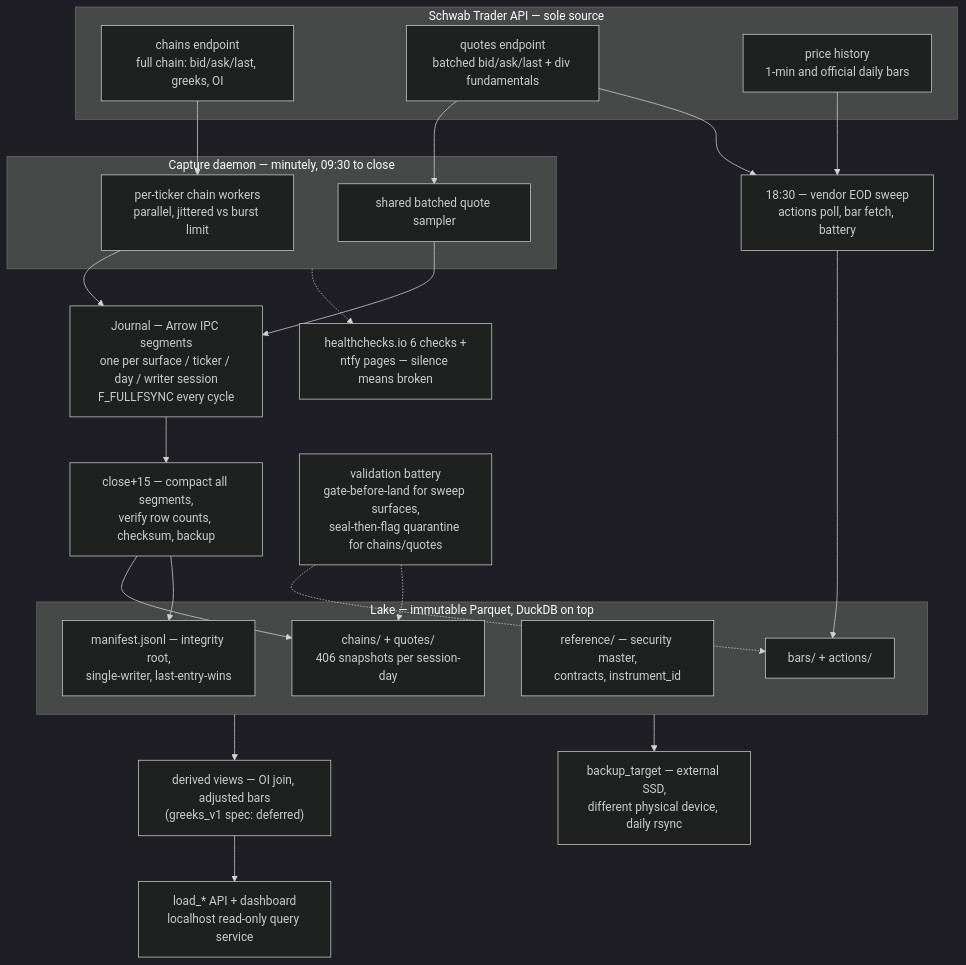
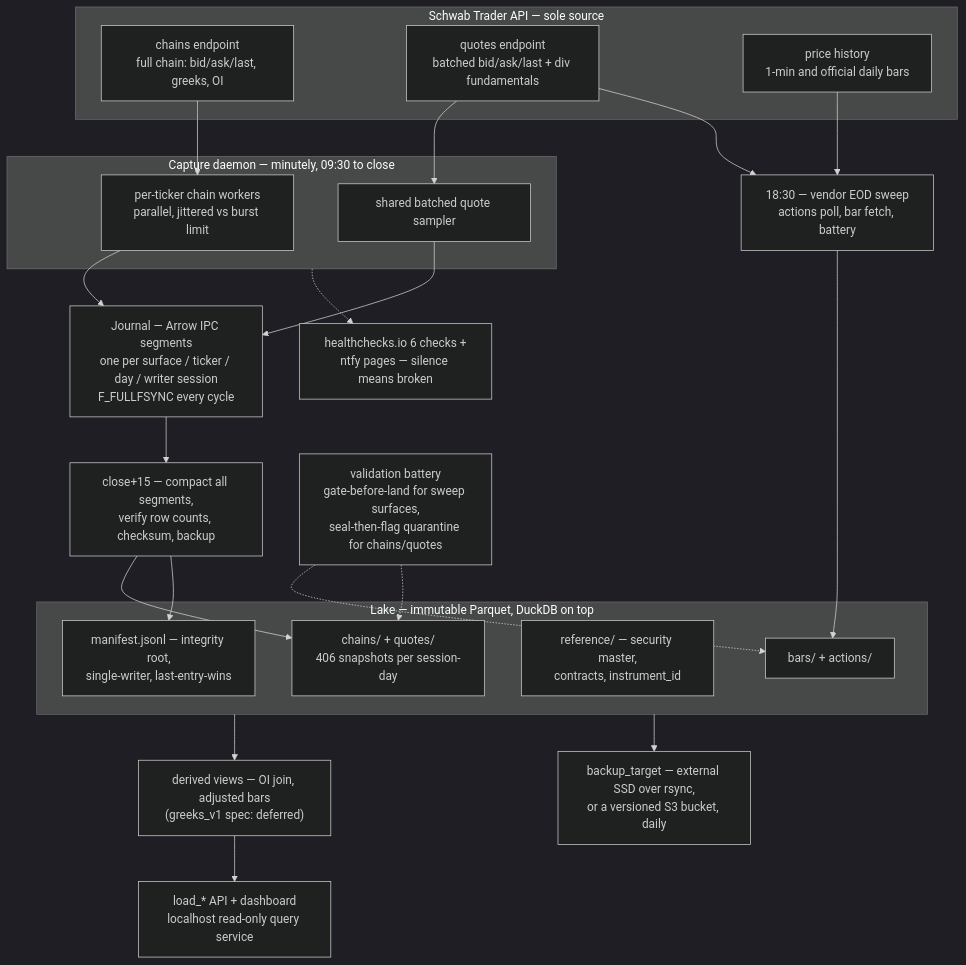
Before and after one commit to l3a0/marketlake: the diagram in docs/design.md, drawn with Mermaid (dark theme). The commit also changed other lines of this file and 4 other files, not shown here.

First line of the commit message:
docs: carry the bucket backup in the design, the setup in the README, and its live check

````diff
--- a/docs/design.md
+++ b/docs/design.md
@@ -40,48 +40,48 @@
 ```mermaid
 flowchart TB
   subgraph SCHWAB["Schwab Trader API — sole source"]
     CH["chains endpoint<br/>full chain: bid/ask/last, greeks, OI"]
     QT["quotes endpoint<br/>batched bid/ask/last + div fundamentals"]
     PH["price history<br/>1-min and official daily bars"]
   end
 
   subgraph CAP["Capture daemon — minutely, 09:30 to close"]
     W["per-ticker chain workers<br/>parallel, jittered vs burst limit"]
     QS["shared batched quote sampler"]
   end
 
   J["Journal — Arrow IPC segments<br/>one per surface / ticker / day / writer session<br/>F_FULLFSYNC every cycle"]
 
   CMP["close+15 — compact all segments,<br/>verify row counts, checksum, backup"]
   SWP["18:30 — vendor EOD sweep<br/>actions poll, bar fetch, battery"]
 
   subgraph LAKE["Lake — immutable Parquet, DuckDB on top"]
     CP["chains/ + quotes/<br/>406 snapshots per session-day"]
     BP["bars/ + actions/"]
     RP["reference/ — security master,<br/>contracts, instrument_id"]
     MF["manifest.jsonl — integrity root,<br/>single-writer, last-entry-wins"]
   end
 
   BAT["validation battery<br/>gate-before-land for sweep surfaces,<br/>seal-then-flag quarantine for chains/quotes"]
-  BK["backup_target — external SSD,<br/>different physical device, daily rsync"]
+  BK["backup_target — external SSD over rsync,<br/>or a versioned S3 bucket, daily"]
   DV["derived views — OI join, adjusted bars<br/>(greeks_v1 spec: deferred)"]
   RD["load_* API + dashboard<br/>localhost read-only query service"]
   MON["healthchecks.io 6 checks +<br/>ntfy pages — silence means broken"]
 
   CH --> W
   QT --> QS
   W --> J
   QS --> J
   J --> CMP
   CMP --> CP
   CMP --> MF
   PH --> SWP
   QT --> SWP
   SWP --> BP
   BAT -.-> BP
   BAT -.-> CP
   LAKE --> DV
   DV --> RD
   LAKE --> BK
   CAP -.-> MON
 ```
````
